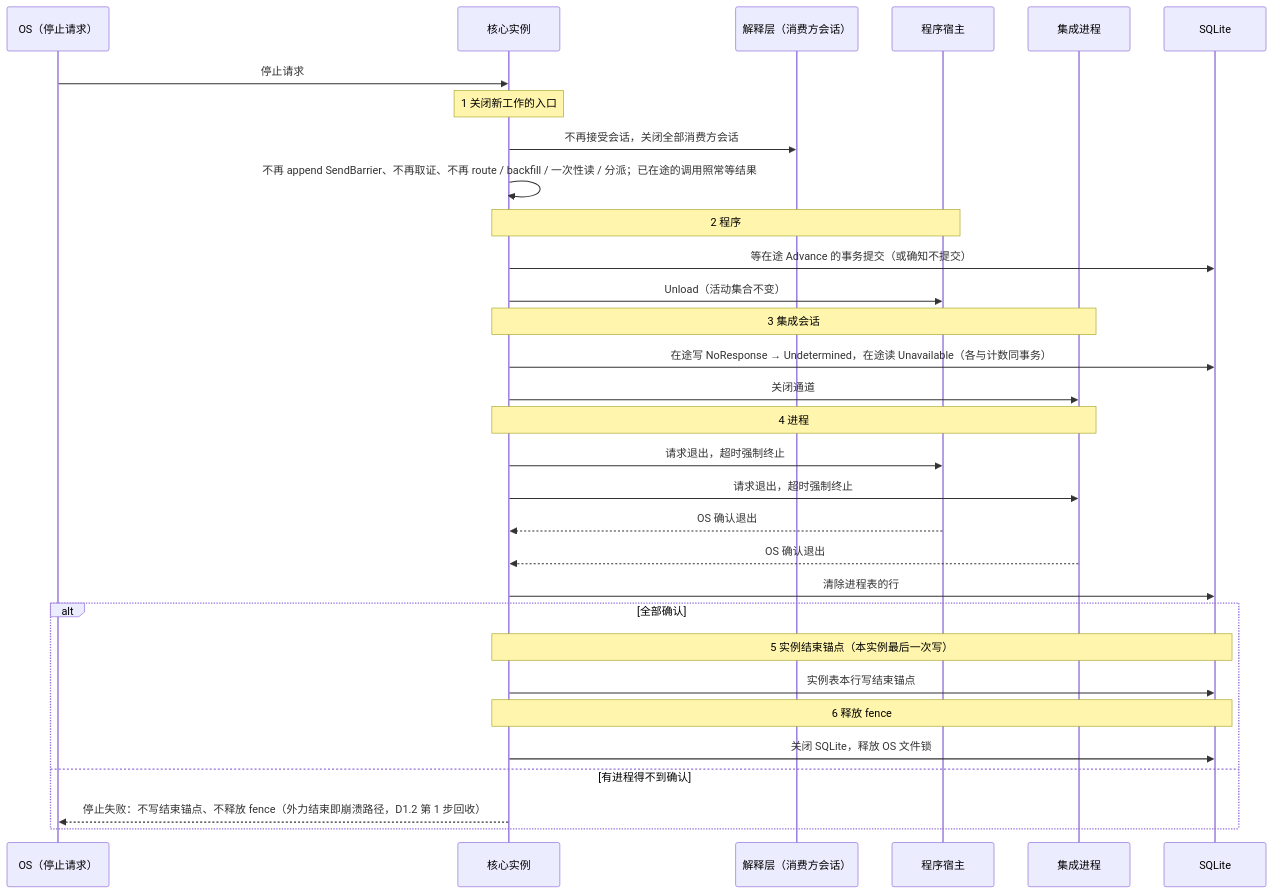
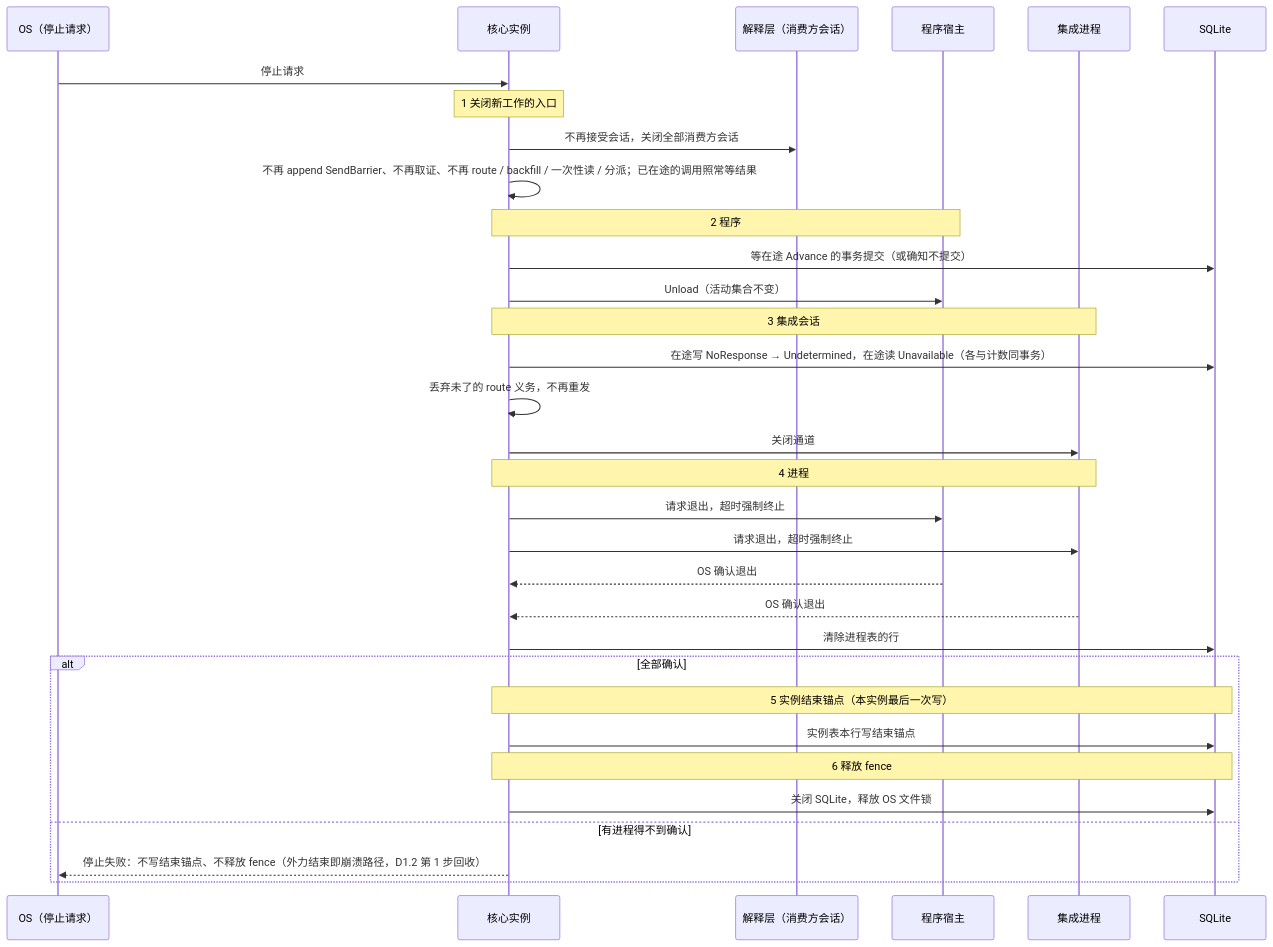
One commit to mouriya-s-lab/uta changed the sixth of 6 diagrams in design/diagrams/01-process-topology.md. Above: the diagram before and after it, drawn with Mermaid. The commit also changed other lines of this file and 11 other files, not shown here.

````diff
--- a/design/diagrams/01-process-topology.md
+++ b/design/diagrams/01-process-topology.md
@@ -304,33 +306,34 @@
 ```mermaid
 sequenceDiagram
   participant OS as OS（停止请求）
   participant C as 核心实例
   participant L as 解释层（消费方会话）
   participant H as 程序宿主
   participant I as 集成进程
   participant DB as SQLite
   OS->>C: 停止请求
   Note over C: 1 关闭新工作的入口
   C->>L: 不再接受会话，关闭全部消费方会话
   C->>C: 不再 append SendBarrier、不再取证、不再 route / backfill / 一次性读 / 分派；已在途的调用照常等结果
   Note over C,H: 2 程序
   C->>DB: 等在途 Advance 的事务提交（或确知不提交）
   C->>H: Unload（活动集合不变）
   Note over C,I: 3 集成会话
   C->>DB: 在途写 NoResponse → Undetermined，在途读 Unavailable（各与计数同事务）
+  C->>C: 丢弃未了的 route 义务，不再重发
   C->>I: 关闭通道
   Note over C,I: 4 进程
   C->>H: 请求退出，超时强制终止
   C->>I: 请求退出，超时强制终止
   H-->>C: OS 确认退出
   I-->>C: OS 确认退出
   C->>DB: 清除进程表的行
   alt 全部确认
     Note over C,DB: 5 实例结束锚点（本实例最后一次写）
     C->>DB: 实例表本行写结束锚点
     Note over C,DB: 6 释放 fence
     C->>DB: 关闭 SQLite，释放 OS 文件锁
   else 有进程得不到确认
     C-->>OS: 停止失败：不写结束锚点、不释放 fence（外力结束即崩溃路径，D1.2 第 1 步回收）
   end
 ```
````
